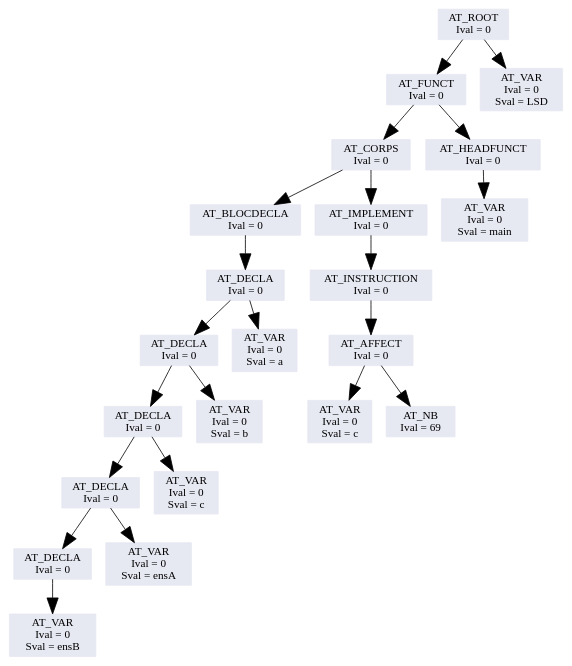
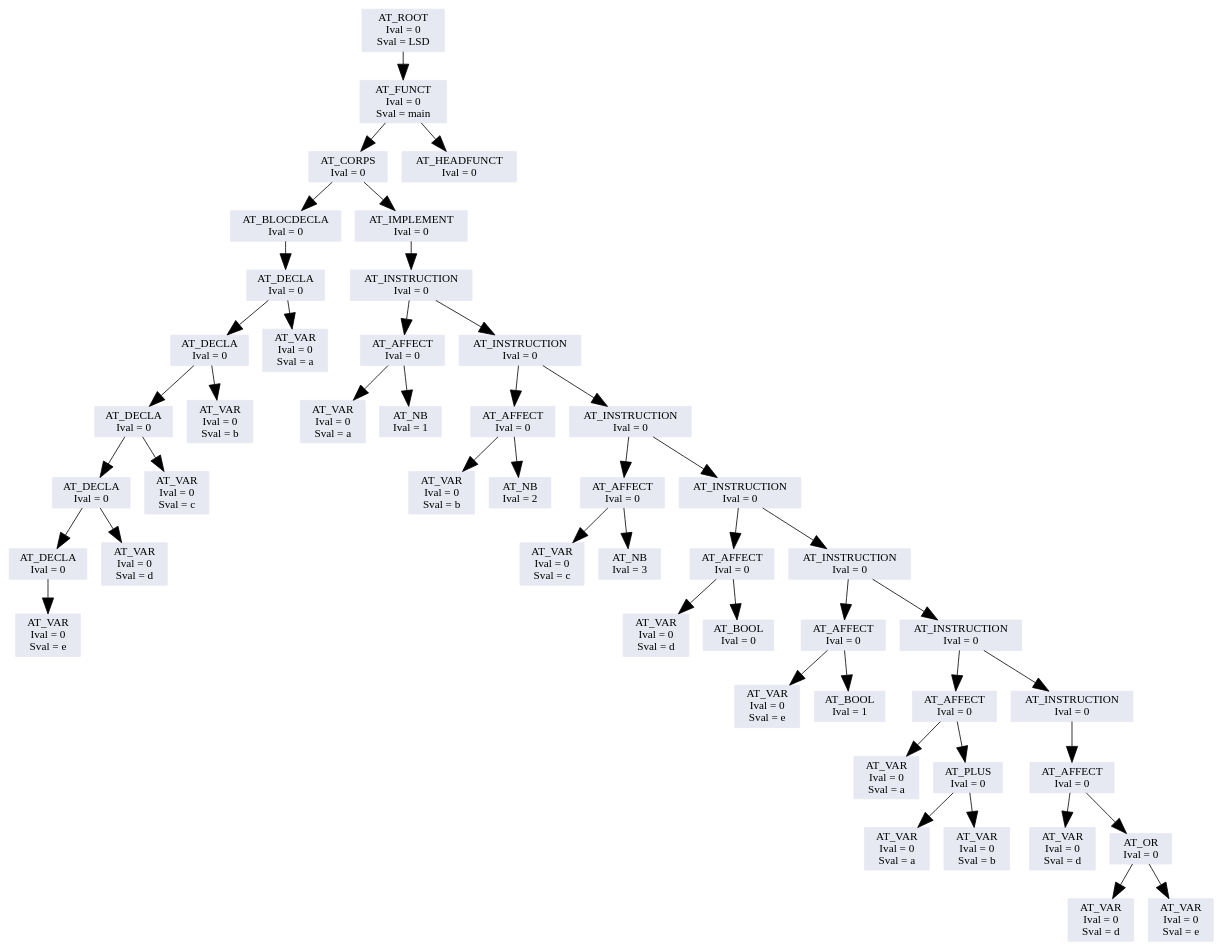
Before and after one commit to w0lf3011/13-lsd12: the diagram in lsd12/code/ArbreGraph.dot, drawn with Graphviz. The commit also changed 6 other files, not shown here.

```diff
--- a/lsd12/code/ArbreGraph.dot
+++ b/lsd12/code/ArbreGraph.dot
@@ -1,54 +1,105 @@
 //dot -Tjpg -oArbreGraph.jpg ArbreGraph.dot
 digraph LSD12{
 	bgcolor=white
 	node [color="#9DACBF", fontcolor="#000000", style=filled];
 	edge [arrowsize=2, color="#000000"];
 
 // A remplacer avec ce qu'il y a entre ";*** BEGIN printTreeGraphViz(..) +locations ***" et ";*** END printTreeGraphViz(..) +locations ***"
 
-"0x86d0378";
-"0x86d0378"[shape=box, color="#e6e8f2", fontcolor="#000000",label="AT_ROOT \n Ival = 0"];
-"0x86d0378" -> "0x86d0358";
-"0x86d0378" -> "0x86d0068";
-"0x86d0358"[shape=box, color="#e6e8f2", fontcolor="#000000",label="AT_FUNCT \n Ival = 0"];
-"0x86d0358" -> "0x86d0338";
-"0x86d0358" -> "0x86d00b8";
-"0x86d0338"[shape=box, color="#e6e8f2", fontcolor="#000000",label="AT_CORPS \n Ival = 0"];
-"0x86d0338" -> "0x86d0268";
-"0x86d0338" -> "0x86d0318";
-"0x86d0268"[shape=box, color="#e6e8f2", fontcolor="#000000",label="AT_BLOCDECLA \n Ival = 0"];
-"0x86d0268" -> "0x86d0248";
-"0x86d0248"[shape=box, color="#e6e8f2", fontcolor="#000000",label="AT_DECLA \n Ival = 0"];
-"0x86d0248" -> "0x86d0228";
-"0x86d0248" -> "0x86d00e8";
-"0x86d0228"[shape=box, color="#e6e8f2", fontcolor="#000000",label="AT_DECLA \n Ival = 0"];
-"0x86d0228" -> "0x86d0208";
-"0x86d0228" -> "0x86d0118";
-"0x86d0208"[shape=box, color="#e6e8f2", fontcolor="#000000",label="AT_DECLA \n Ival = 0"];
-"0x86d0208" -> "0x86d01e8";
-"0x86d0208" -> "0x86d0148";
-"0x86d01e8"[shape=box, color="#e6e8f2", fontcolor="#000000",label="AT_DECLA \n Ival = 0"];
-"0x86d01e8" -> "0x86d01c8";
-"0x86d01e8" -> "0x86d0178";
-"0x86d01c8"[shape=box, color="#e6e8f2", fontcolor="#000000",label="AT_DECLA \n Ival = 0"];
-"0x86d01c8" -> "0x86d01a8";
-"0x86d01a8"[shape=box, color="#e6e8f2", fontcolor="#000000",label="AT_VAR \n Ival = 0\n Sval = ensB"];
-"0x86d0178"[shape=box, color="#e6e8f2", fontcolor="#000000",label="AT_VAR \n Ival = 0\n Sval = ensA"];
-"0x86d0148"[shape=box, color="#e6e8f2", fontcolor="#000000",label="AT_VAR \n Ival = 0\n Sval = c"];
-"0x86d0118"[shape=box, color="#e6e8f2", fontcolor="#000000",label="AT_VAR \n Ival = 0\n Sval = b"];
-"0x86d00e8"[shape=box, color="#e6e8f2", fontcolor="#000000",label="AT_VAR \n Ival = 0\n Sval = a"];
-"0x86d0318"[shape=box, color="#e6e8f2", fontcolor="#000000",label="AT_IMPLEMENT \n Ival = 0"];
-"0x86d0318" -> "0x86d02f8";
-"0x86d02f8"[shape=box, color="#e6e8f2", fontcolor="#000000",label="AT_INSTRUCTION \n Ival = 0"];
-"0x86d02f8" -> "0x86d02d8";
-"0x86d02d8"[shape=box, color="#e6e8f2", fontcolor="#000000",label="AT_AFFECT \n Ival = 0"];
-"0x86d02d8" -> "0x86d0298";
-"0x86d02d8" -> "0x86d02b8";
-"0x86d0298"[shape=box, color="#e6e8f2", fontcolor="#000000",label="AT_VAR \n Ival = 0\n Sval = c"];
-"0x86d02b8"[shape=box, color="#e6e8f2", fontcolor="#000000",label="AT_NB \n Ival = 69"];
-"0x86d00b8"[shape=box, color="#e6e8f2", fontcolor="#000000",label="AT_HEADFUNCT \n Ival = 0"];
-"0x86d00b8" -> "0x86d0098";
-"0x86d0098"[shape=box, color="#e6e8f2", fontcolor="#000000",label="AT_VAR \n Ival = 0\n Sval = main"];
-"0x86d0068"[shape=box, color="#e6e8f2", fontcolor="#000000",label="AT_VAR \n Ival = 0\n Sval = LSD"];
-
+"0x8ba9758";
+"0x8ba9758"[shape=box, color="#e6e8f2", fontcolor="#000000",label="AT_ROOT \n Ival = 0\n Sval = LSD"];
+"0x8ba9758" -> "0x8ba9738";
+"0x8ba9738"[shape=box, color="#e6e8f2", fontcolor="#000000",label="AT_FUNCT \n Ival = 0\n Sval = main"];
+"0x8ba9738" -> "0x8ba9718";
+"0x8ba9738" -> "0x8ba9078";
+"0x8ba9718"[shape=box, color="#e6e8f2", fontcolor="#000000",label="AT_CORPS \n Ival = 0"];
+"0x8ba9718" -> "0x8ba9228";
+"0x8ba9718" -> "0x8ba96f8";
+"0x8ba9228"[shape=box, color="#e6e8f2", fontcolor="#000000",label="AT_BLOCDECLA \n Ival = 0"];
+"0x8ba9228" -> "0x8ba9208";
+"0x8ba9208"[shape=box, color="#e6e8f2", fontcolor="#000000",label="AT_DECLA \n Ival = 0"];
+"0x8ba9208" -> "0x8ba91e8";
+"0x8ba9208" -> "0x8ba90a8";
+"0x8ba91e8"[shape=box, color="#e6e8f2", fontcolor="#000000",label="AT_DECLA \n Ival = 0"];
+"0x8ba91e8" -> "0x8ba91c8";
+"0x8ba91e8" -> "0x8ba90d8";
+"0x8ba91c8"[shape=box, color="#e6e8f2", fontcolor="#000000",label="AT_DECLA \n Ival = 0"];
+"0x8ba91c8" -> "0x8ba91a8";
+"0x8ba91c8" -> "0x8ba9108";
+"0x8ba91a8"[shape=box, color="#e6e8f2", fontcolor="#000000",label="AT_DECLA \n Ival = 0"];
+"0x8ba91a8" -> "0x8ba9188";
+"0x8ba91a8" -> "0x8ba9138";
+"0x8ba9188"[shape=box, color="#e6e8f2", fontcolor="#000000",label="AT_DECLA \n Ival = 0"];
+"0x8ba9188" -> "0x8ba9168";
+"0x8ba9168"[shape=box, color="#e6e8f2", fontcolor="#000000",label="AT_VAR \n Ival = 0\n Sval = e"];
+"0x8ba9138"[shape=box, color="#e6e8f2", fontcolor="#000000",label="AT_VAR \n Ival = 0\n Sval = d"];
+"0x8ba9108"[shape=box, color="#e6e8f2", fontcolor="#000000",label="AT_VAR \n Ival = 0\n Sval = c"];
+"0x8ba90d8"[shape=box, color="#e6e8f2", fontcolor="#000000",label="AT_VAR \n Ival = 0\n Sval = b"];
+"0x8ba90a8"[shape=box, color="#e6e8f2", fontcolor="#000000",label="AT_VAR \n Ival = 0\n Sval = a"];
+"0x8ba96f8"[shape=box, color="#e6e8f2", fontcolor="#000000",label="AT_IMPLEMENT \n Ival = 0"];
+"0x8ba96f8" -> "0x8ba96d8";
+"0x8ba96d8"[shape=box, color="#e6e8f2", fontcolor="#000000",label="AT_INSTRUCTION \n Ival = 0"];
+"0x8ba96d8" -> "0x8ba9298";
+"0x8ba96d8" -> "0x8ba96b8";
+"0x8ba9298"[shape=box, color="#e6e8f2", fontcolor="#000000",label="AT_AFFECT \n Ival = 0"];
+"0x8ba9298" -> "0x8ba9258";
+"0x8ba9298" -> "0x8ba9278";
+"0x8ba9258"[shape=box, color="#e6e8f2", fontcolor="#000000",label="AT_VAR \n Ival = 0\n Sval = a"];
+"0x8ba9278"[shape=box, color="#e6e8f2", fontcolor="#000000",label="AT_NB \n Ival = 1"];
+"0x8ba96b8"[shape=box, color="#e6e8f2", fontcolor="#000000",label="AT_INSTRUCTION \n Ival = 0"];
+"0x8ba96b8" -> "0x8ba9308";
+"0x8ba96b8" -> "0x8ba9698";
+"0x8ba9308"[shape=box, color="#e6e8f2", fontcolor="#000000",label="AT_AFFECT \n Ival = 0"];
+"0x8ba9308" -> "0x8ba92c8";
+"0x8ba9308" -> "0x8ba92e8";
+"0x8ba92c8"[shape=box, color="#e6e8f2", fontcolor="#000000",label="AT_VAR \n Ival = 0\n Sval = b"];
+"0x8ba92e8"[shape=box, color="#e6e8f2", fontcolor="#000000",label="AT_NB \n Ival = 2"];
+"0x8ba9698"[shape=box, color="#e6e8f2", fontcolor="#000000",label="AT_INSTRUCTION \n Ival = 0"];
+"0x8ba9698" -> "0x8ba9378";
+"0x8ba9698" -> "0x8ba9678";
+"0x8ba9378"[shape=box, color="#e6e8f2", fontcolor="#000000",label="AT_AFFECT \n Ival = 0"];
+"0x8ba9378" -> "0x8ba9338";
+"0x8ba9378" -> "0x8ba9358";
+"0x8ba9338"[shape=box, color="#e6e8f2", fontcolor="#000000",label="AT_VAR \n Ival = 0\n Sval = c"];
+"0x8ba9358"[shape=box, color="#e6e8f2", fontcolor="#000000",label="AT_NB \n Ival = 3"];
+"0x8ba9678"[shape=box, color="#e6e8f2", fontcolor="#000000",label="AT_INSTRUCTION \n Ival = 0"];
+"0x8ba9678" -> "0x8ba93e8";
+"0x8ba9678" -> "0x8ba9658";
+"0x8ba93e8"[shape=box, color="#e6e8f2", fontcolor="#000000",label="AT_AFFECT \n Ival = 0"];
+"0x8ba93e8" -> "0x8ba93a8";
+"0x8ba93e8" -> "0x8ba93c8";
+"0x8ba93a8"[shape=box, color="#e6e8f2", fontcolor="#000000",label="AT_VAR \n Ival = 0\n Sval = d"];
+"0x8ba93c8"[shape=box, color="#e6e8f2", fontcolor="#000000",label="AT_BOOL \n Ival = 0"];
+"0x8ba9658"[shape=box, color="#e6e8f2", fontcolor="#000000",label="AT_INSTRUCTION \n Ival = 0"];
+"0x8ba9658" -> "0x8ba9458";
+"0x8ba9658" -> "0x8ba9638";
+"0x8ba9458"[shape=box, color="#e6e8f2", fontcolor="#000000",label="AT_AFFECT \n Ival = 0"];
+"0x8ba9458" -> "0x8ba9418";
+"0x8ba9458" -> "0x8ba9438";
+"0x8ba9418"[shape=box, color="#e6e8f2", fontcolor="#000000",label="AT_VAR \n Ival = 0\n Sval = e"];
+"0x8ba9438"[shape=box, color="#e6e8f2", fontcolor="#000000",label="AT_BOOL \n Ival = 1"];
+"0x8ba9638"[shape=box, color="#e6e8f2", fontcolor="#000000",label="AT_INSTRUCTION \n Ival = 0"];
+"0x8ba9638" -> "0x8ba9528";
+"0x8ba9638" -> "0x8ba9618";
+"0x8ba9528"[shape=box, color="#e6e8f2", fontcolor="#000000",label="AT_AFFECT \n Ival = 0"];
+"0x8ba9528" -> "0x8ba9488";
+"0x8ba9528" -> "0x8ba9508";
+"0x8ba9488"[shape=box, color="#e6e8f2", fontcolor="#000000",label="AT_VAR \n Ival = 0\n Sval = a"];
+"0x8ba9508"[shape=box, color="#e6e8f2", fontcolor="#000000",label="AT_PLUS \n Ival = 0"];
+"0x8ba9508" -> "0x8ba94b8";
+"0x8ba9508" -> "0x8ba94e8";
+"0x8ba94b8"[shape=box, color="#e6e8f2", fontcolor="#000000",label="AT_VAR \n Ival = 0\n Sval = a"];
+"0x8ba94e8"[shape=box, color="#e6e8f2", fontcolor="#000000",label="AT_VAR \n Ival = 0\n Sval = b"];
+"0x8ba9618"[shape=box, color="#e6e8f2", fontcolor="#000000",label="AT_INSTRUCTION \n Ival = 0"];
+"0x8ba9618" -> "0x8ba95f8";
+"0x8ba95f8"[shape=box, color="#e6e8f2", fontcolor="#000000",label="AT_AFFECT \n Ival = 0"];
+"0x8ba95f8" -> "0x8ba9558";
+"0x8ba95f8" -> "0x8ba95d8";
+"0x8ba9558"[shape=box, color="#e6e8f2", fontcolor="#000000",label="AT_VAR \n Ival = 0\n Sval = d"];
+"0x8ba95d8"[shape=box, color="#e6e8f2", fontcolor="#000000",label="AT_OR \n Ival = 0"];
+"0x8ba95d8" -> "0x8ba9588";
+"0x8ba95d8" -> "0x8ba95b8";
+"0x8ba9588"[shape=box, color="#e6e8f2", fontcolor="#000000",label="AT_VAR \n Ival = 0\n Sval = d"];
+"0x8ba95b8"[shape=box, color="#e6e8f2", fontcolor="#000000",label="AT_VAR \n Ival = 0\n Sval = e"];
+"0x8ba9078"[shape=box, color="#e6e8f2", fontcolor="#000000",label="AT_HEADFUNCT \n Ival = 0"];
 }
```
